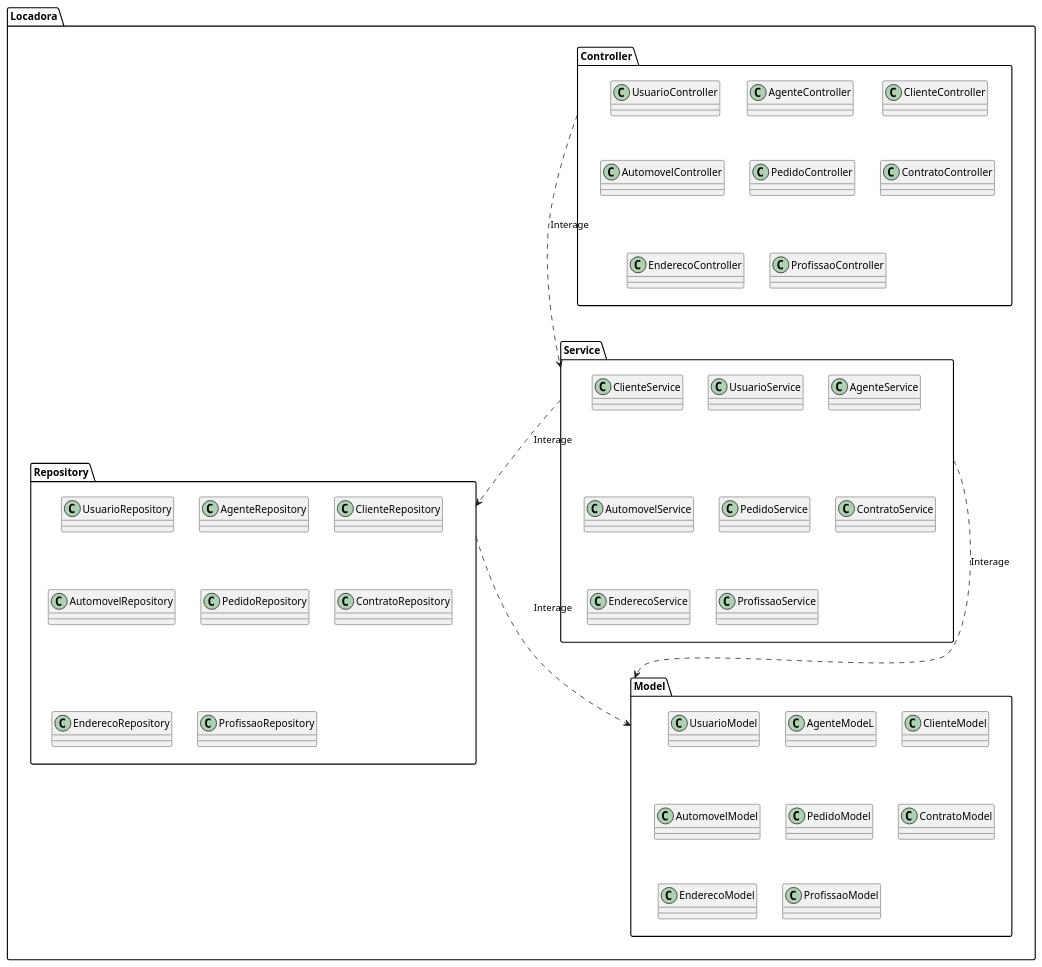
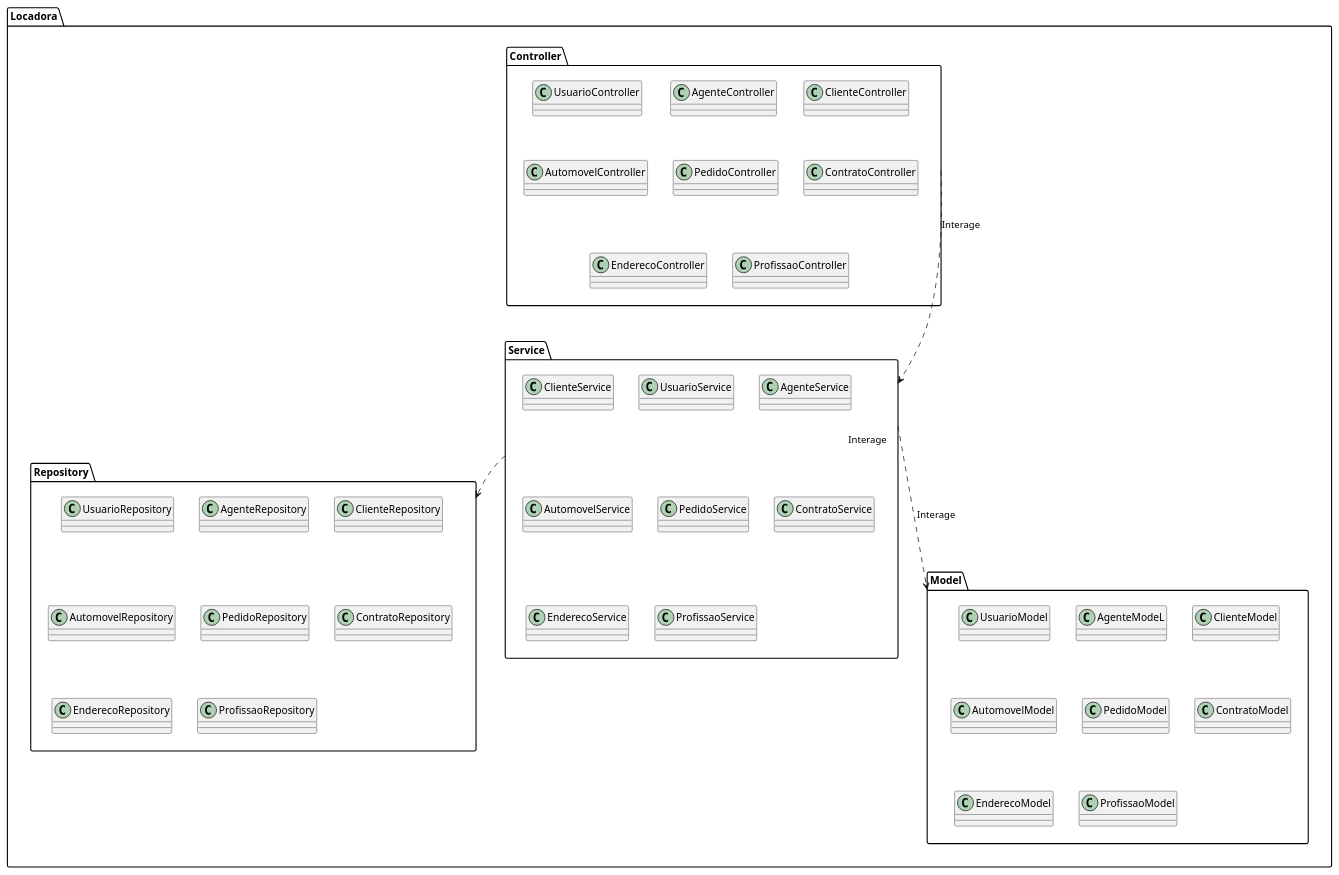
The diagram in projeto/DiagramaDePacote/diagramaDePacote.puml (pedromaximocampos/Laboratorio-Desenvolvimento-02), drawn with PlantUML before and after one commit. The commit also changed 4 other files, not shown here.

Commit message:
Correcao de diagramas

```diff
--- a/projeto/DiagramaDePacote/diagramaDePacote.puml
+++ b/projeto/DiagramaDePacote/diagramaDePacote.puml
@@ -1,53 +1,52 @@
 @startuml
 package "Locadora" {
 
   package "Controller" {
     class UsuarioController
     class AgenteController
     class ClienteController
     class AutomovelController
     class PedidoController
     class ContratoController
     class EnderecoController
     class ProfissaoController
     }
 
   package "Model" {
     class UsuarioModel
     class AgenteModeL
     class ClienteModel
     class AutomovelModel
     class PedidoModel
     class ContratoModel
     class EnderecoModel
     class ProfissaoModel
   }
 
   package "Service" {
     class UsuarioService
     class AgenteService
     class ClienteService
     class AutomovelService
     class PedidoService
     class ContratoService
     class EnderecoService
     class ProfissaoService
   }
 
   package "Repository" {
       class UsuarioRepository
       class AgenteRepository
       class ClienteRepository
       class AutomovelRepository
       class PedidoRepository
       class ContratoRepository
       class EnderecoRepository
       class ProfissaoRepository
     }
 
   Controller .> Service : Interage
   Service ..> Repository : Interage
   Service ...> Model : Interage
-  Repository ...> Model: Interage
 }
 @enduml
```
